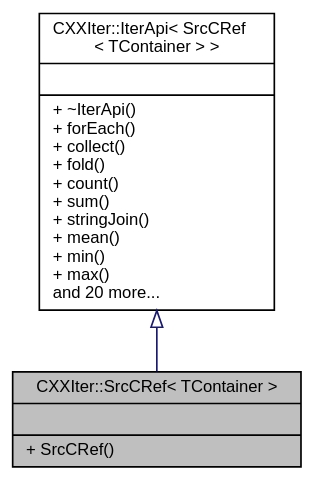
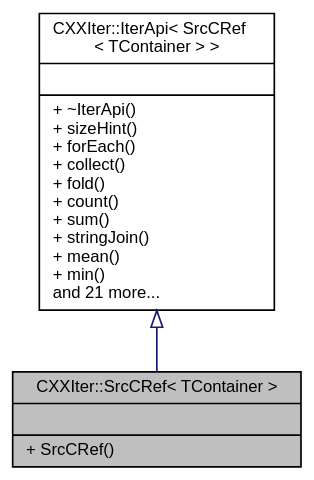
The diagram in classCXXIter_1_1SrcCRef__inherit__graph.dot (seijikun/CXXIter), drawn with Graphviz before and after one commit. The commit also changed 90 other files, not shown here.

```diff
--- a/classCXXIter_1_1SrcCRef__inherit__graph.dot
+++ b/classCXXIter_1_1SrcCRef__inherit__graph.dot
@@ -1,11 +1,11 @@
 digraph "CXXIter::SrcCRef&lt; TContainer &gt;"
 {
  // INTERACTIVE_SVG=YES
  // LATEX_PDF_SIZE
   bgcolor="transparent";
   edge [fontname="Helvetica",fontsize="10",labelfontname="Helvetica",labelfontsize="10"];
   node [fontname="Helvetica",fontsize="10",shape=record];
-  Node1 [label="{CXXIter::SrcCRef\< TContainer \>\n||+ SrcCRef()\l}",height=0.2,width=0.4,color="black", fillcolor="grey75", style="filled", fontcolor="black",tooltip=" "];
+  Node1 [label="{CXXIter::SrcCRef\< TContainer \>\n||+ SrcCRef()\l}",height=0.2,width=0.4,color="black", fillcolor="grey75", style="filled", fontcolor="black",tooltip="CXXIter iterator source that immutably borrows the input item source, and passes immutable references..."];
   Node2 -> Node1 [dir="back",color="midnightblue",fontsize="10",style="solid",arrowtail="onormal",fontname="Helvetica"];
-  Node2 [label="{CXXIter::IterApi\< SrcCRef\l\< TContainer \> \>\n||+ ~IterApi()\l+ forEach()\l+ collect()\l+ fold()\l+ count()\l+ sum()\l+ stringJoin()\l+ mean()\l+ min()\l+ max()\land 20 more...\l}",height=0.2,width=0.4,color="black",URL="$classCXXIter_1_1IterApi.html",tooltip=" "];
+  Node2 [label="{CXXIter::IterApi\< SrcCRef\l\< TContainer \> \>\n||+ ~IterApi()\l+ sizeHint()\l+ forEach()\l+ collect()\l+ fold()\l+ count()\l+ sum()\l+ stringJoin()\l+ mean()\l+ min()\land 21 more...\l}",height=0.2,width=0.4,color="black",URL="$classCXXIter_1_1IterApi.html",tooltip=" "];
 }
```
